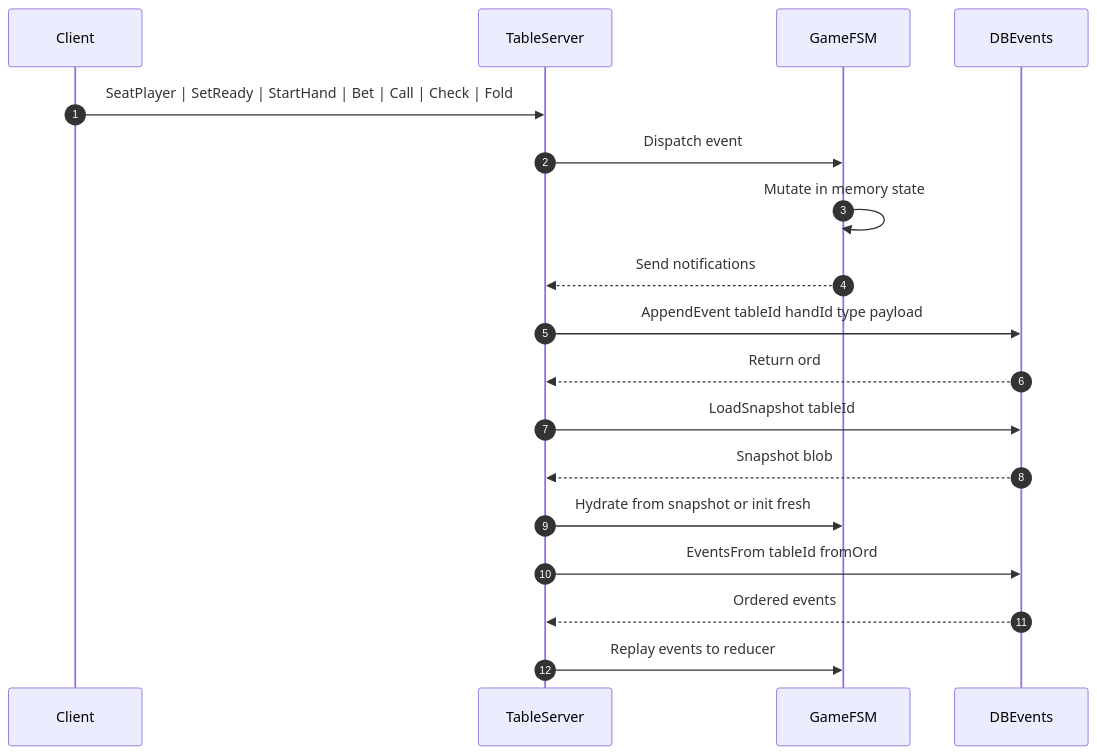
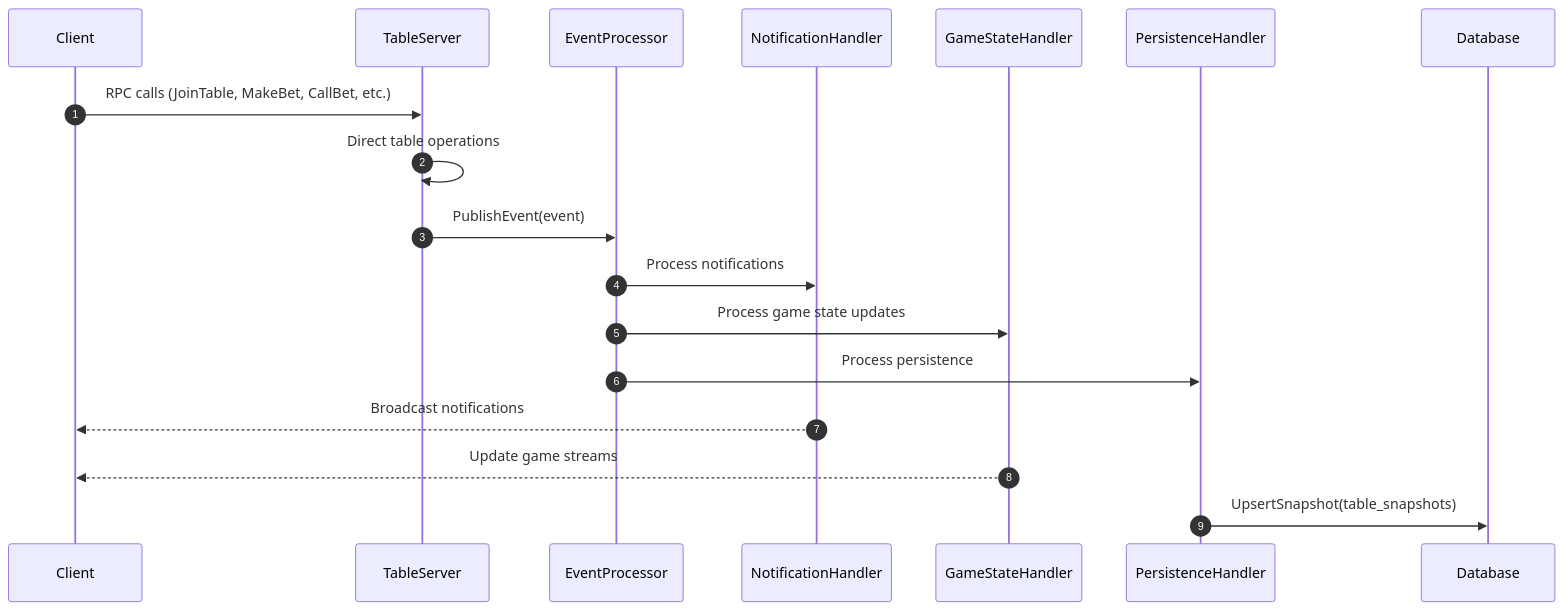
Before and after one commit to vctt94/dcrpoker: the second of 6 diagrams in docs/db.md, drawn with Mermaid. The commit also changed other lines of this file and 40 other files, not shown here.

````diff
--- a/docs/db.md
+++ b/docs/db.md
@@ -102,24 +127,21 @@
 ```mermaid
 sequenceDiagram
   autonumber
   participant C as Client
   participant T as TableServer
-  participant G as GameFSM
-  participant DB as DBEvents
+  participant EP as EventProcessor
+  participant NH as NotificationHandler
+  participant GH as GameStateHandler
+  participant PH as PersistenceHandler
+  participant DB as Database
 
-  C->>T: SeatPlayer | SetReady | StartHand | Bet | Call | Check | Fold
-  T->>G: Dispatch event
-  G->>G: Mutate in memory state
-  G-->>T: Send notifications
-  T->>DB: AppendEvent tableId handId type payload
-  DB-->>T: Return ord
-
-  T->>DB: LoadSnapshot tableId
-  DB-->>T: Snapshot blob
-  T->>G: Hydrate from snapshot or init fresh
-  T->>DB: EventsFrom tableId fromOrd
-  DB-->>T: Ordered events
-  T->>G: Replay events to reducer
-
-
+  C->>T: RPC calls (JoinTable, MakeBet, CallBet, etc.)
+  T->>T: Direct table operations
+  T->>EP: PublishEvent(event)
+  EP->>NH: Process notifications
+  EP->>GH: Process game state updates
+  EP->>PH: Process persistence
+  NH-->>C: Broadcast notifications
+  GH-->>C: Update game streams
+  PH->>DB: UpsertSnapshot(table_snapshots)
 ```
````
